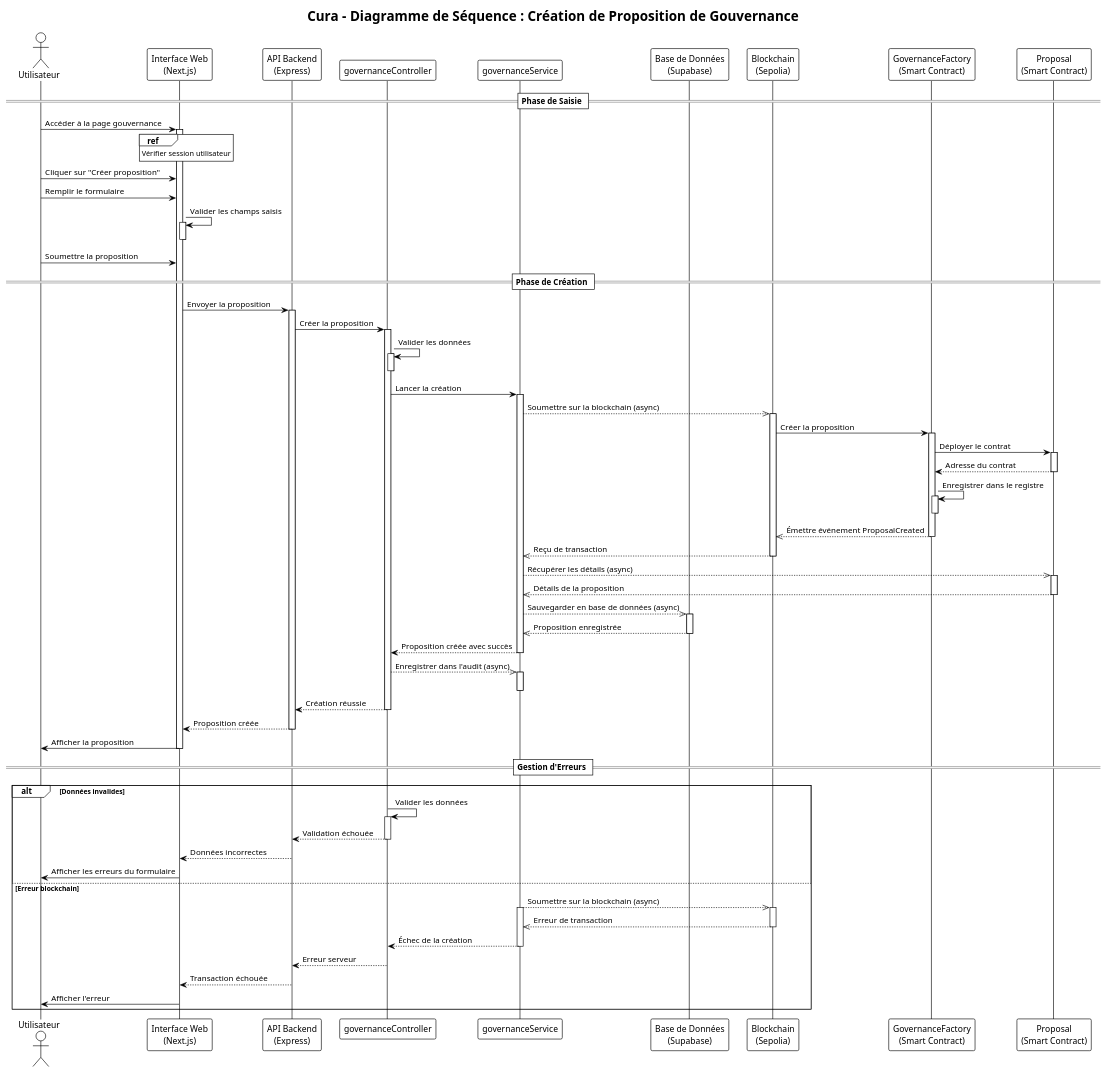
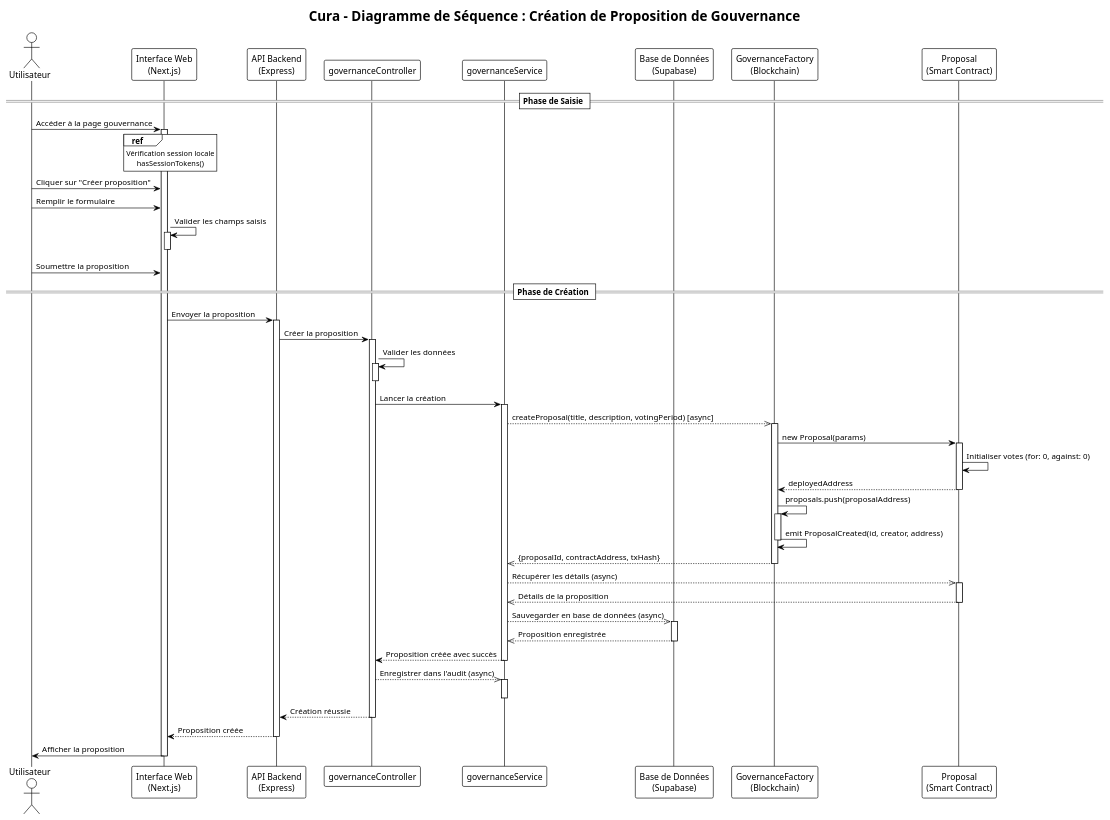
One commit to monark-community/zk-medical-data-exchange changed the diagram in docs/sequence-diagrams/governance-proposal-creation-sequence.puml. Above: the diagram before and after it, drawn with PlantUML. The commit also changed 17 other files, not shown here.

Commit message:
chore: updated seq diagrams pt 2

```diff
--- a/docs/sequence-diagrams/governance-proposal-creation-sequence.puml
+++ b/docs/sequence-diagrams/governance-proposal-creation-sequence.puml
@@ -1,107 +1,85 @@
 @startuml Governance_Proposal_Creation_Sequence
 !theme plain
 
 title Cura - Diagramme de Séquence : Création de Proposition de Gouvernance
 
 actor "Utilisateur" as User
 participant "Interface Web\n(Next.js)" as Frontend
 participant "API Backend\n(Express)" as Backend
 participant "governanceController" as Controller
 participant "governanceService" as Service
 participant "Base de Données\n(Supabase)" as Database
-participant "Blockchain\n(Sepolia)" as Blockchain
-participant "GovernanceFactory\n(Smart Contract)" as Factory
+participant "GovernanceFactory\n(Blockchain)" as Factory
 participant "Proposal\n(Smart Contract)" as ProposalContract
 
 == Phase de Saisie ==
 User -> Frontend : Accéder à la page gouvernance
 activate Frontend
-ref over Frontend : Vérifier session utilisateur
+ref over Frontend
+    Vérification session locale
+    hasSessionTokens()
+end ref
 User -> Frontend : Cliquer sur "Créer proposition"
 User -> Frontend : Remplir le formulaire
 Frontend -> Frontend : Valider les champs saisis
 activate Frontend
 deactivate Frontend
 User -> Frontend : Soumettre la proposition
 
 == Phase de Création ==
 Frontend -> Backend : Envoyer la proposition
 activate Backend
 Backend -> Controller : Créer la proposition
 activate Controller
 
 Controller -> Controller : Valider les données
 activate Controller
 deactivate Controller
 
 Controller -> Service : Lancer la création
 activate Service
 
-Service -->> Blockchain : Soumettre sur la blockchain (async)
-activate Blockchain
-Blockchain -> Factory : Créer la proposition
+Service -->> Factory : createProposal(title, description, votingPeriod) [async]
 activate Factory
 
-Factory -> ProposalContract : Déployer le contrat
+Factory -> ProposalContract : new Proposal(params)
 activate ProposalContract
-ProposalContract --> Factory : Adresse du contrat
+ProposalContract -> ProposalContract : Initialiser votes (for: 0, against: 0)
+ProposalContract --> Factory : deployedAddress
 deactivate ProposalContract
 
-Factory -> Factory : Enregistrer dans le registre
+Factory -> Factory : proposals.push(proposalAddress)
 activate Factory
+Factory -> Factory : emit ProposalCreated(id, creator, address)
 deactivate Factory
 
-Factory -->> Blockchain : Émettre événement ProposalCreated
+Factory -->> Service : {proposalId, contractAddress, txHash}
 deactivate Factory
-
-Blockchain -->> Service : Reçu de transaction
-deactivate Blockchain
 
 Service -->> ProposalContract : Récupérer les détails (async)
 activate ProposalContract
 ProposalContract -->> Service : Détails de la proposition
 deactivate ProposalContract
 
 Service -->> Database : Sauvegarder en base de données (async)
 activate Database
 Database -->> Service : Proposition enregistrée
 deactivate Database
 
 Service --> Controller : Proposition créée avec succès
 deactivate Service
 
 Controller -->> Service : Enregistrer dans l'audit (async)
 activate Service
 deactivate Service
 
 Controller --> Backend : Création réussie
 deactivate Controller
 
 Backend --> Frontend : Proposition créée
 deactivate Backend
 
 Frontend -> User : Afficher la proposition
 deactivate Frontend
 
-== Gestion d'Erreurs ==
-alt Données invalides
-    Controller -> Controller : Valider les données
-    activate Controller
-    Controller --> Backend : Validation échouée
-    deactivate Controller
-    Backend --> Frontend : Données incorrectes
-    Frontend -> User : Afficher les erreurs du formulaire
-else Erreur blockchain
-    Service -->> Blockchain : Soumettre sur la blockchain (async)
-    activate Service
-    activate Blockchain
-    Blockchain -->> Service : Erreur de transaction
-    deactivate Blockchain
-    Service --> Controller : Échec de la création
-    deactivate Service
-    Controller --> Backend : Erreur serveur
-    Backend --> Frontend : Transaction échouée
-    Frontend -> User : Afficher l'erreur
-end
-
 @enduml
```
